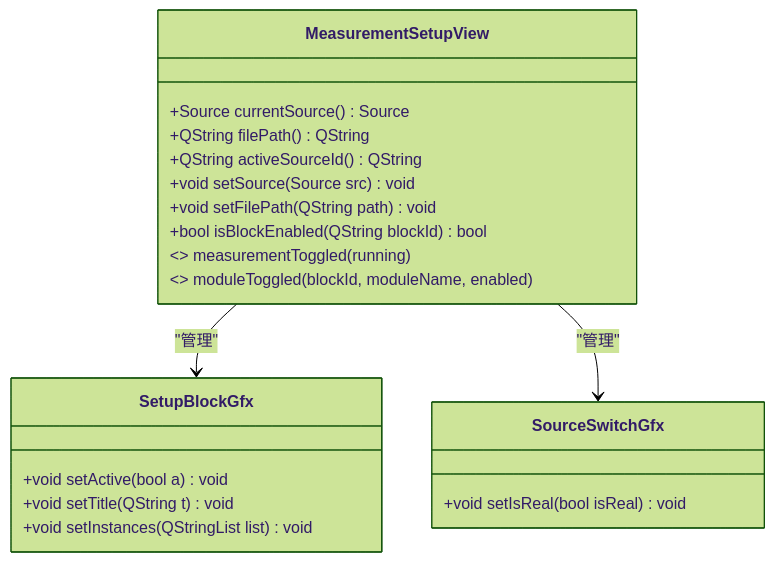
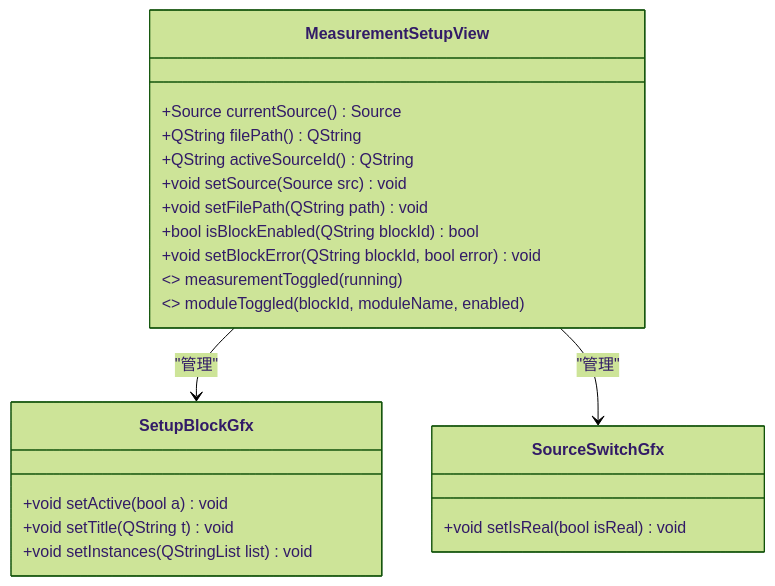
One commit to jakecai1225-design/OpenBus changed the fifth of 6 diagrams in .qoder/repowiki/zh/content/架构设计/UI系统设计/设备连接界面.md. Above: the diagram before and after it, drawn with Mermaid (forest theme). The commit also changed other lines of this file and 10 other files, not shown here.

````diff
--- a/.qoder/repowiki/zh/content/架构设计/UI系统设计/设备连接界面.md
+++ b/.qoder/repowiki/zh/content/架构设计/UI系统设计/设备连接界面.md
@@ -239,23 +309,24 @@
 ```mermaid
 classDiagram
 class MeasurementSetupView {
 +Source currentSource() Source
 +QString filePath() QString
 +QString activeSourceId() QString
 +void setSource(Source src) void
 +void setFilePath(QString path) void
 +bool isBlockEnabled(QString blockId) bool
++void setBlockError(QString blockId, bool error) void
 <<signals>> measurementToggled(running)
 <<signals>> moduleToggled(blockId, moduleName, enabled)
 }
 class SetupBlockGfx {
 +void setActive(bool a) void
 +void setTitle(QString t) void
 +void setInstances(QStringList list) void
 }
 class SourceSwitchGfx {
 +void setIsReal(bool isReal) void
 }
 MeasurementSetupView --> SetupBlockGfx : "管理"
 MeasurementSetupView --> SourceSwitchGfx : "管理"
 ```
````
